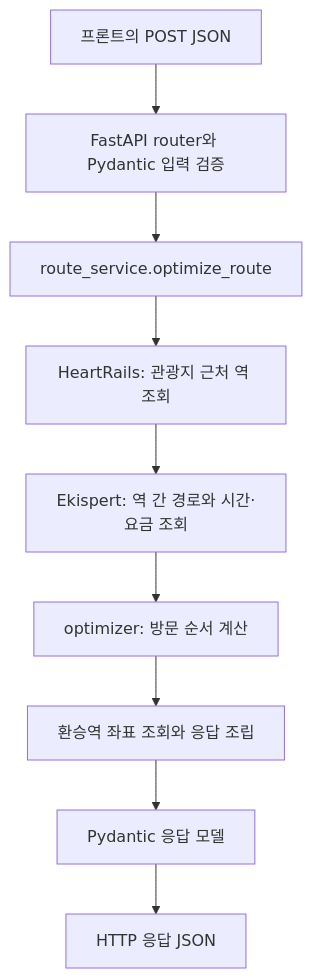
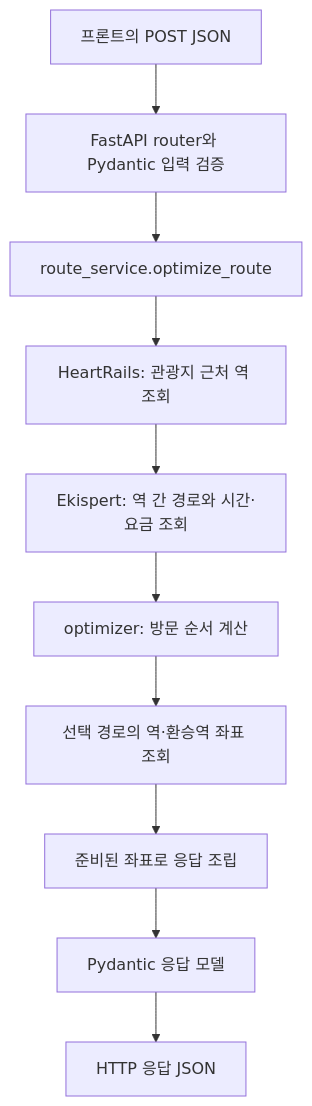
One commit to KimTaeYun02/JPass-Opt changed the diagram in backend/README.md. Above: the diagram before and after it, drawn with Mermaid. The commit also changed 2 other files, not shown here.

Commit message:
refactor: route 좌표 조회와 응답 조립 분리

````diff
--- a/backend/README.md
+++ b/backend/README.md
@@ -265,11 +265,12 @@
 ```mermaid
 flowchart TD
     A[프론트의 POST JSON] --> B[FastAPI router와 Pydantic 입력 검증]
     B --> C[route_service.optimize_route]
     C --> D[HeartRails: 관광지 근처 역 조회]
     D --> E[Ekispert: 역 간 경로와 시간·요금 조회]
     E --> F[optimizer: 방문 순서 계산]
-    F --> G[환승역 좌표 조회와 응답 조립]
-    G --> H[Pydantic 응답 모델]
-    H --> I[HTTP 응답 JSON]
+    F --> G[선택 경로의 역·환승역 좌표 조회]
+    G --> H[준비된 좌표로 응답 조립]
+    H --> I[Pydantic 응답 모델]
+    I --> J[HTTP 응답 JSON]
 ```
````
